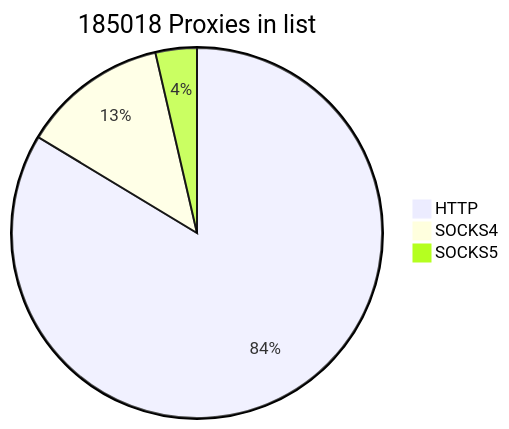
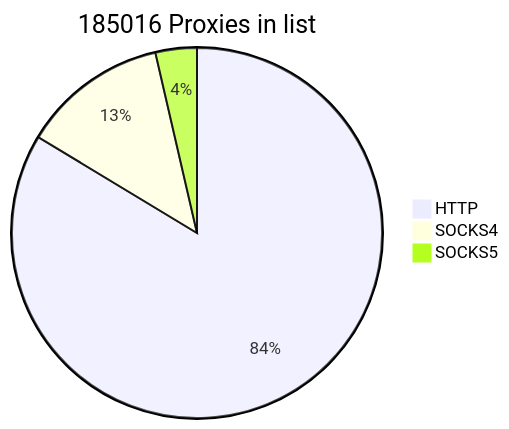
The first of 2 diagrams in README.md (cutipu/proxylist), drawn with Mermaid before and after one commit. The commit also changed other lines of this file, not shown here.

````diff
--- a/README.md
+++ b/README.md
@@ -2,7 +2,7 @@
 ```mermaid
-pie title 185018 Proxies in list
-    "HTTP" : 154770
+pie title 185016 Proxies in list
+    "HTTP" : 154768
     "SOCKS4" : 23565
     "SOCKS5" : 6683
             
 ```
````
